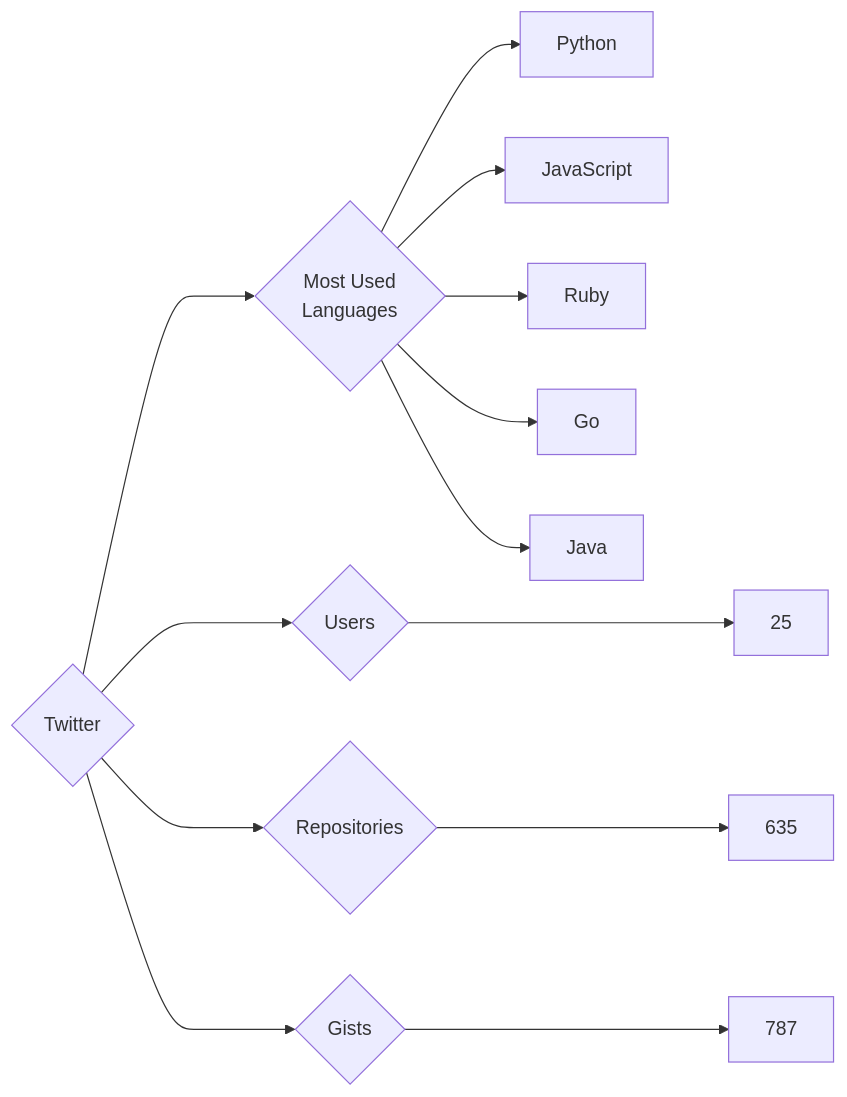
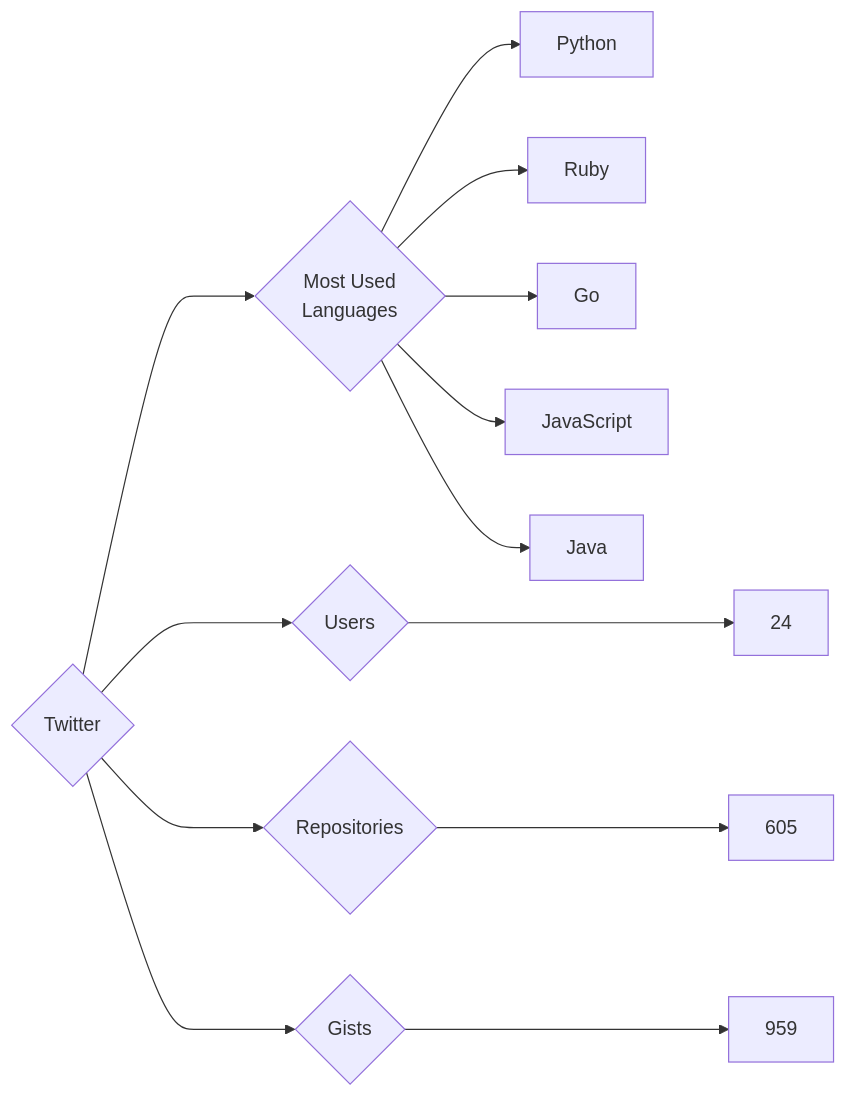
Before and after one commit to trickest/insiders: the diagram in targets/Twitter/README.md, drawn with Mermaid. The commit also changed 1696 other files, not shown here.

````diff
--- a/targets/Twitter/README.md
+++ b/targets/Twitter/README.md
@@ -3,13 +3,13 @@
 ```mermaid
 graph LR
 COMPANY_NAME{Twitter}
-COMPANY_NAME ---> U{Users} ---> UN[25]
-COMPANY_NAME ---> R{Repositories} ---> RN[635]
-COMPANY_NAME ---> G{Gists} ---> GN[787]
+COMPANY_NAME ---> U{Users} ---> UN[24]
+COMPANY_NAME ---> R{Repositories} ---> RN[605]
+COMPANY_NAME ---> G{Gists} ---> GN[959]
 COMPANY_NAME ---> ML{Most Used<br>Languages}
 ML --> Python[Python]
-ML --> JavaScript[JavaScript]
 ML --> Ruby[Ruby]
 ML --> Go[Go]
+ML --> JavaScript[JavaScript]
 ML --> Java[Java]
 ```
````
